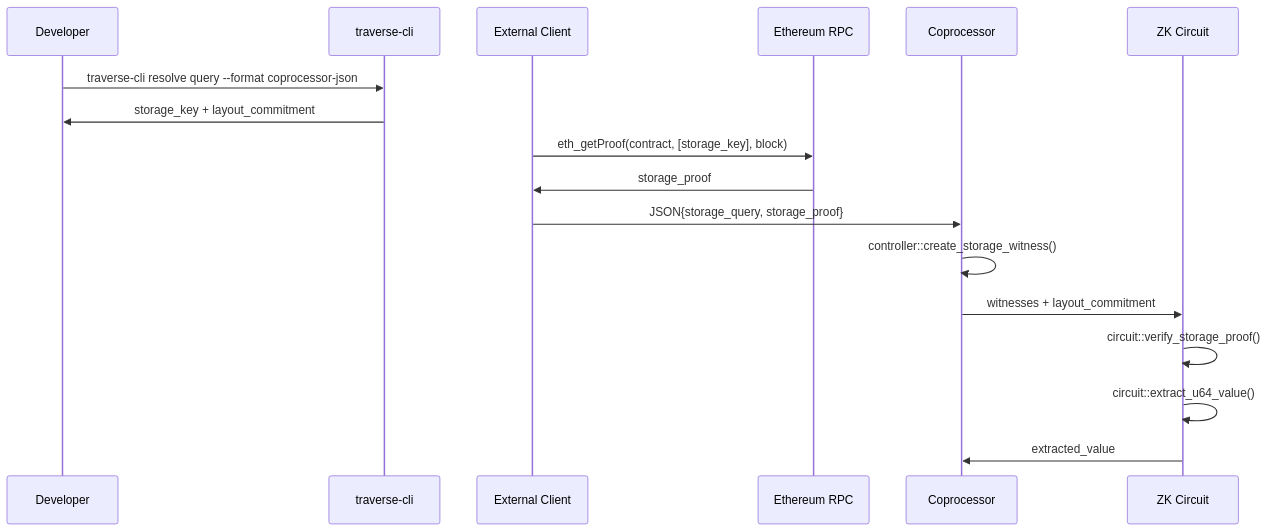
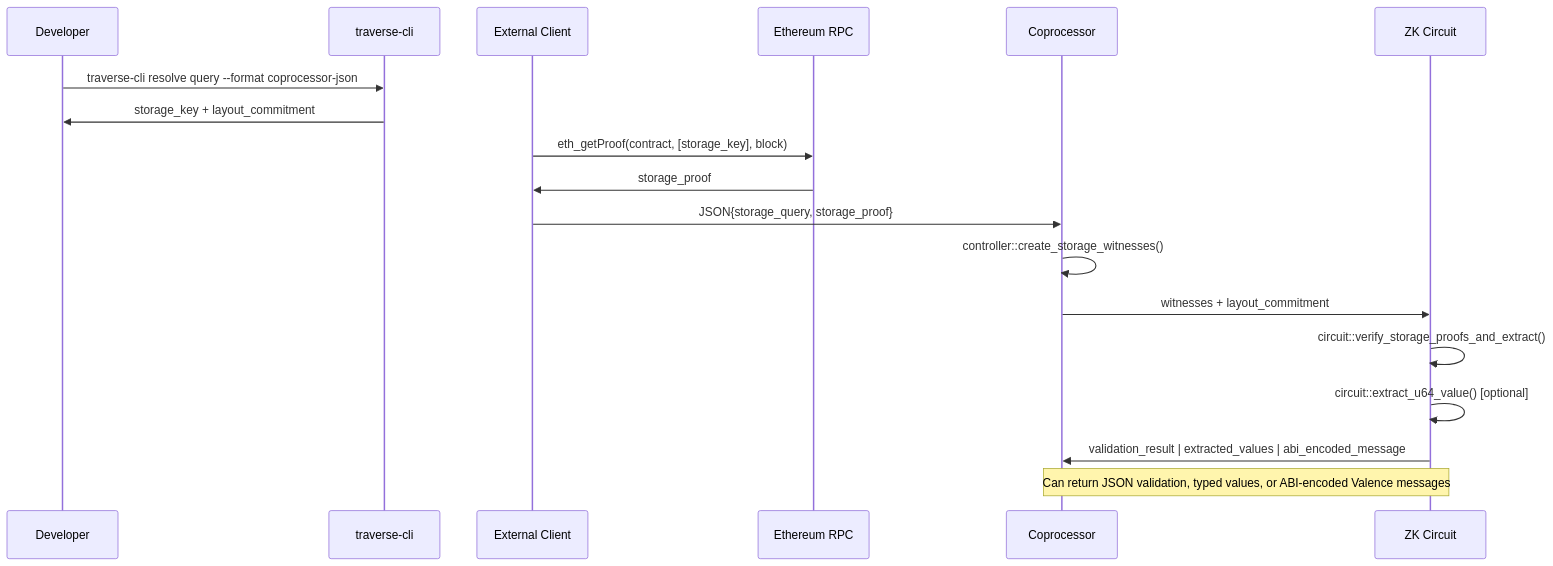
Before and after one commit to timewave-computer/traverse: the third of 3 diagrams in docs/architecture.md, drawn with Mermaid. The commit also changed other lines of this file and 15 other files, not shown here.

Commit message:
update to use alloy + submit to valence ethereum contracts with abi-encoded serialization

````diff
--- a/docs/architecture.md
+++ b/docs/architecture.md
@@ -268,23 +394,25 @@
 ```mermaid
 sequenceDiagram
     participant Dev as Developer
     participant CLI as traverse-cli
     participant Client as External Client
     participant RPC as Ethereum RPC
     participant Coproc as Coprocessor
     participant Circuit as ZK Circuit
     
     Dev->>CLI: traverse-cli resolve query --format coprocessor-json
     CLI->>Dev: storage_key + layout_commitment
     
     Client->>RPC: eth_getProof(contract, [storage_key], block)
     RPC->>Client: storage_proof
     
     Client->>Coproc: JSON{storage_query, storage_proof}
-    Coproc->>Coproc: controller::create_storage_witness()
+    Coproc->>Coproc: controller::create_storage_witnesses()
     
     Coproc->>Circuit: witnesses + layout_commitment
-    Circuit->>Circuit: circuit::verify_storage_proof()
-    Circuit->>Circuit: circuit::extract_u64_value()
-    Circuit->>Coproc: extracted_value
+    Circuit->>Circuit: circuit::verify_storage_proofs_and_extract()
+    Circuit->>Circuit: circuit::extract_u64_value() [optional]
+    Circuit->>Coproc: validation_result | extracted_values | abi_encoded_message
+    
+    Note over Circuit,Coproc: Can return JSON validation, typed values, or ABI-encoded Valence messages
 ```
````
